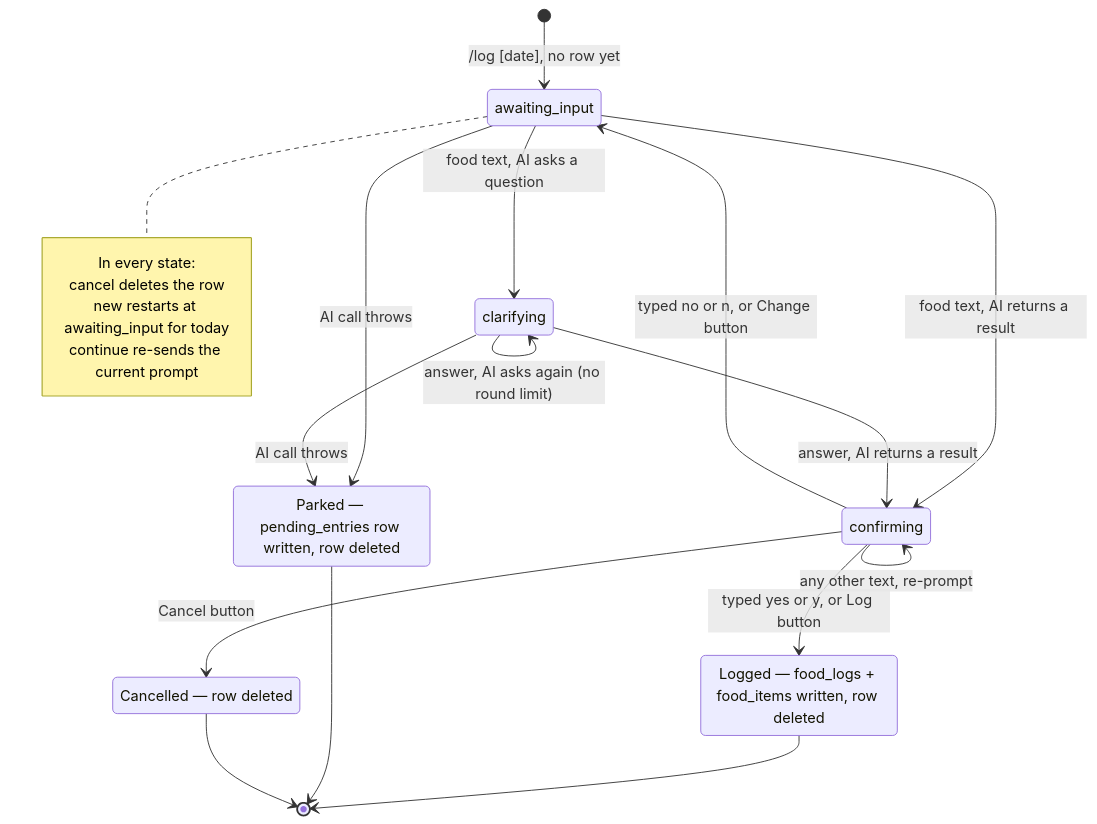
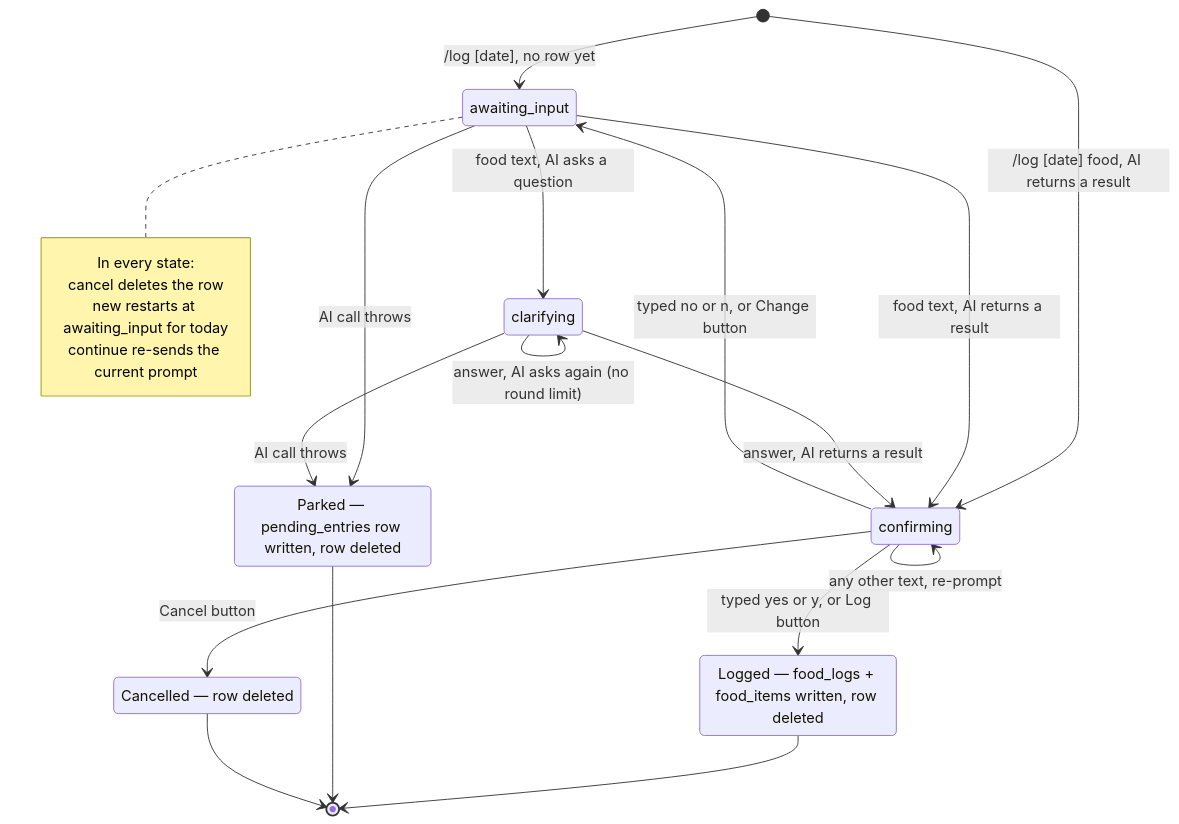
The second of 10 diagrams in docs/user-flows.md (martin0x/TeleCal), drawn with Mermaid before and after one commit. The commit also changed other lines of this file and 9 other files, not shown here.

First line of the commit message:
feat(bot): /log takes the food inline; group replies say whose they are (#25)

````diff
--- a/docs/user-flows.md
+++ b/docs/user-flows.md
@@ -119,27 +120,28 @@
 ```mermaid
 stateDiagram-v2
   direction TB
   [*] --> awaiting_input : /log [date], no row yet
+  [*] --> confirming : /log [date] food, AI returns a result
   awaiting_input --> clarifying : food text, AI asks a question
   awaiting_input --> confirming : food text, AI returns a result
   clarifying --> clarifying : answer, AI asks again (no round limit)
   clarifying --> confirming : answer, AI returns a result
   confirming --> confirming : any other text, re-prompt
   confirming --> awaiting_input : typed no or n, or Change button
   confirming --> Logged : typed yes or y, or Log button
   awaiting_input --> Parked : AI call throws
   clarifying --> Parked : AI call throws
   confirming --> Cancelled : Cancel button
   Logged --> [*]
   Parked --> [*]
   Cancelled --> [*]
   Logged : Logged — food_logs + food_items written, row deleted
   Parked : Parked — pending_entries row written, row deleted
   Cancelled : Cancelled — row deleted
   note right of awaiting_input
     In every state:
     cancel deletes the row
     new restarts at awaiting_input for today
     continue re-sends the current prompt
   end note
 ```
````
